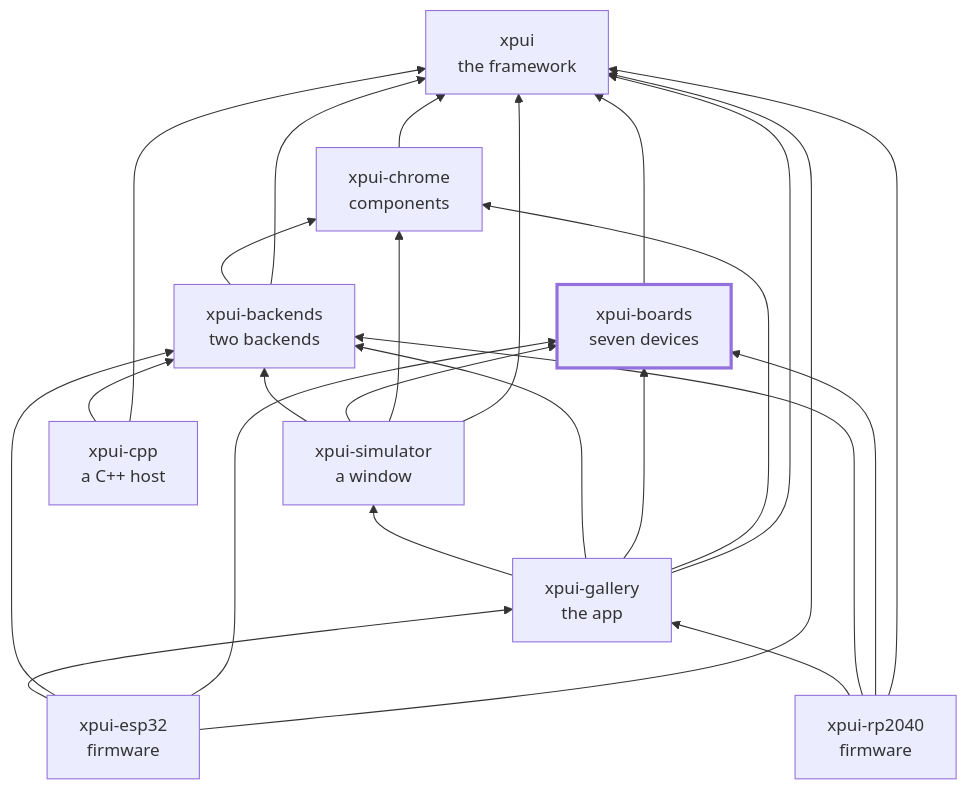
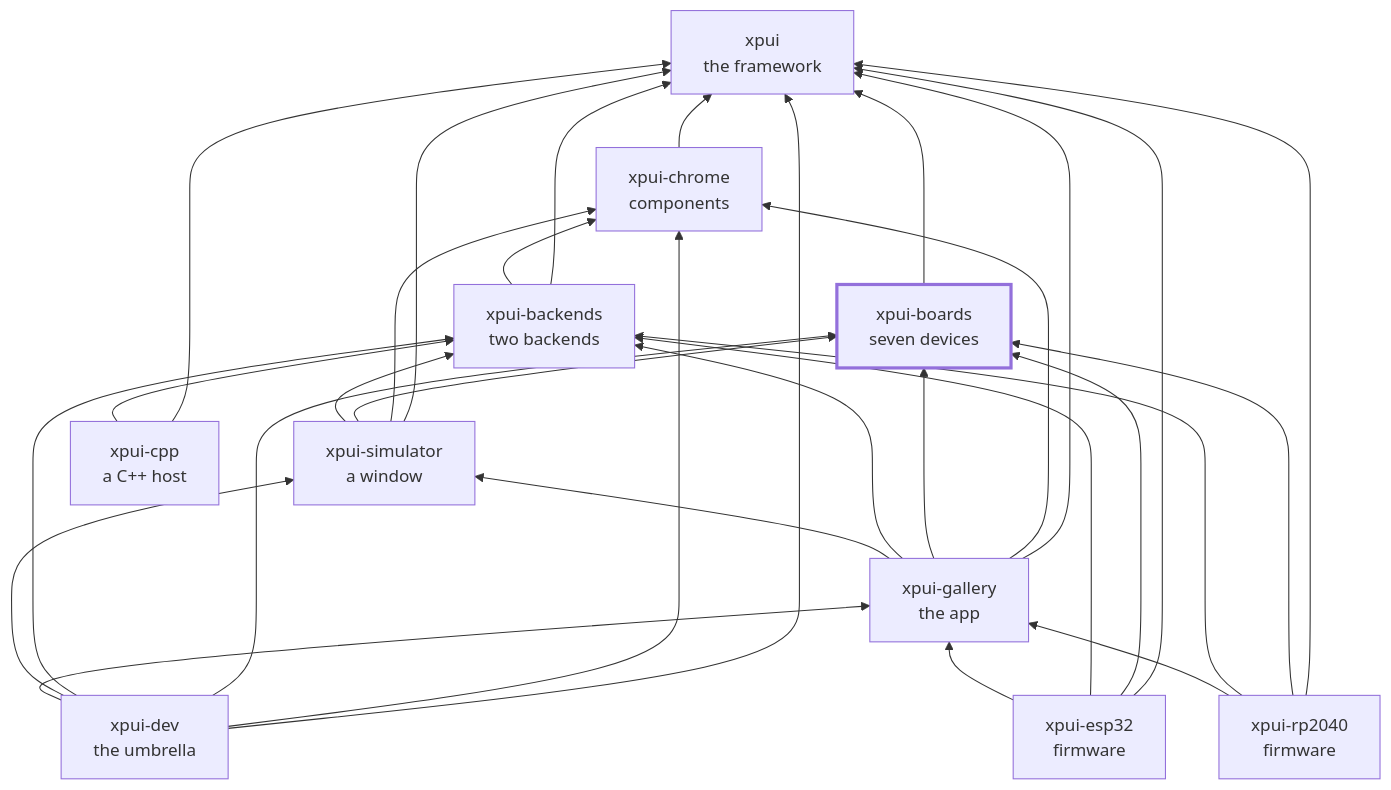
Before and after one commit to XPUI-Framework/xpui-boards: the diagram in README.md, drawn with Mermaid. The commit also changed 2 other files, not shown here.

Commit message:
Add new documentation for community

````diff
--- a/README.md
+++ b/README.md
@@ -71,36 +71,43 @@
 ```mermaid
 flowchart BT
   xpui["xpui<br/>the framework"]
   chrome["xpui-chrome<br/>components"]
   boards["xpui-boards<br/>seven devices"]
   backends["xpui-backends<br/>two backends"]
   simulator["xpui-simulator<br/>a window"]
   gallery["xpui-gallery<br/>the app"]
   rp2040["xpui-rp2040<br/>firmware"]
   esp32["xpui-esp32<br/>firmware"]
   cpp["xpui-cpp<br/>a C++ host"]
+  dev["xpui-dev<br/>the umbrella"]
   chrome --> xpui
   boards --> xpui
   backends --> xpui
   backends --> chrome
   simulator --> xpui
   simulator --> chrome
   simulator --> boards
   simulator --> backends
   gallery --> xpui
   gallery --> chrome
   gallery --> boards
   gallery --> backends
   gallery --> simulator
   rp2040 --> xpui
   rp2040 --> boards
   rp2040 --> backends
   rp2040 --> gallery
   esp32 --> xpui
   esp32 --> boards
   esp32 --> backends
   esp32 --> gallery
   cpp --> xpui
   cpp --> backends
+  dev --> xpui
+  dev --> chrome
+  dev --> boards
+  dev --> backends
+  dev --> simulator
+  dev --> gallery
   style boards stroke-width:3px
 ```
````
